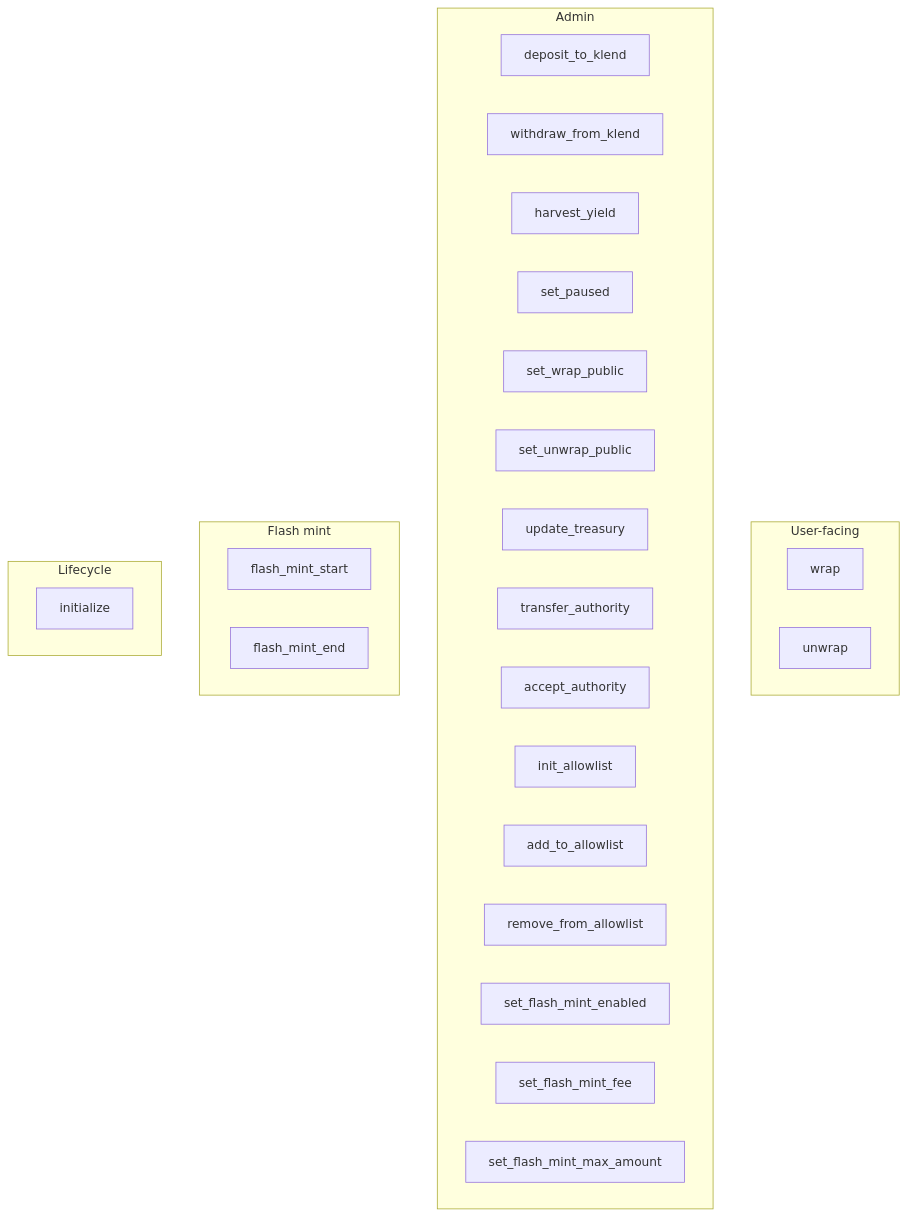
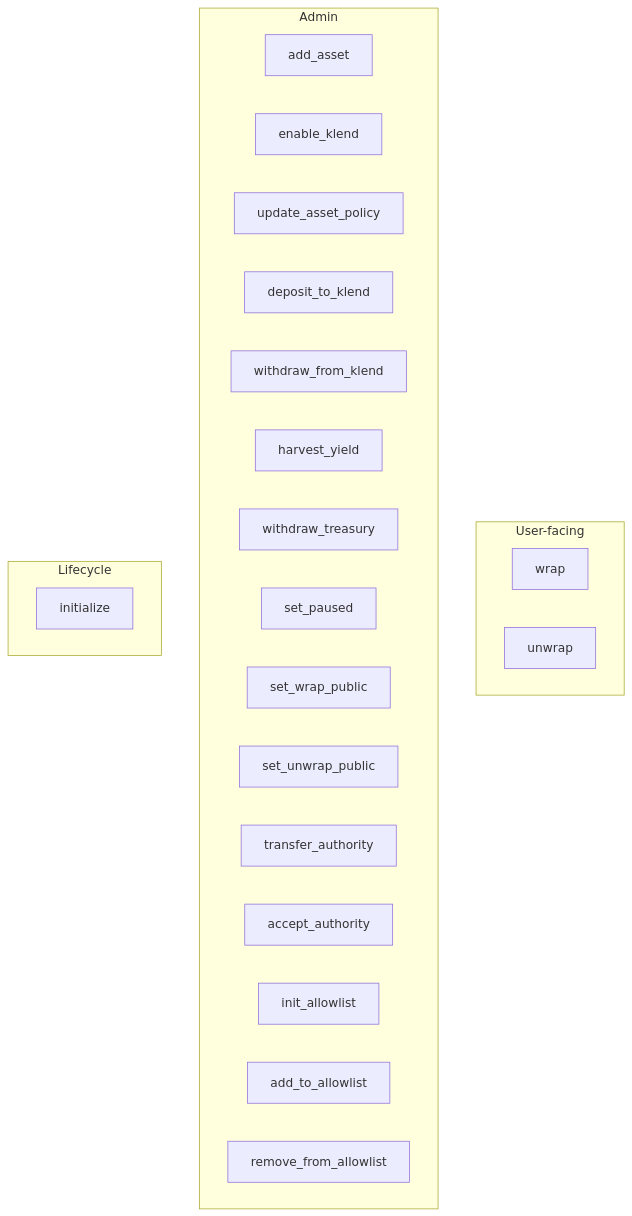
The diagram in wrap-stablecoin/programs/wrap-stablecoin/README.md (eregion-labs/wrap-stablecoin), drawn with Mermaid before and after one commit. The commit also changed other lines of this file and 13 other files, not shown here.

First line of the commit message:
Gate flash mint behind flash-mint Cargo feature for shipped builds

````diff
--- a/wrap-stablecoin/programs/wrap-stablecoin/README.md
+++ b/wrap-stablecoin/programs/wrap-stablecoin/README.md
@@ -9,31 +11,27 @@
 ```mermaid
 flowchart TB
     subgraph user_facing [User-facing]
         wrap
         unwrap
     end
     subgraph admin_ops [Admin]
+        add_asset
+        enable_klend
+        update_asset_policy
         deposit_to_klend
         withdraw_from_klend
         harvest_yield
+        withdraw_treasury
         set_paused
         set_wrap_public
         set_unwrap_public
-        update_treasury
         transfer_authority
         accept_authority
         init_allowlist
         add_to_allowlist
         remove_from_allowlist
-        set_flash_mint_enabled
-        set_flash_mint_fee
-        set_flash_mint_max_amount
-    end
-    subgraph flash [Flash mint]
-        flash_mint_start
-        flash_mint_end
     end
     subgraph lifecycle [Lifecycle]
         initialize
     end
 ```
````
